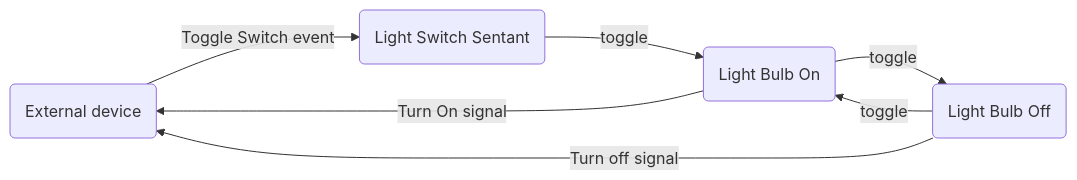
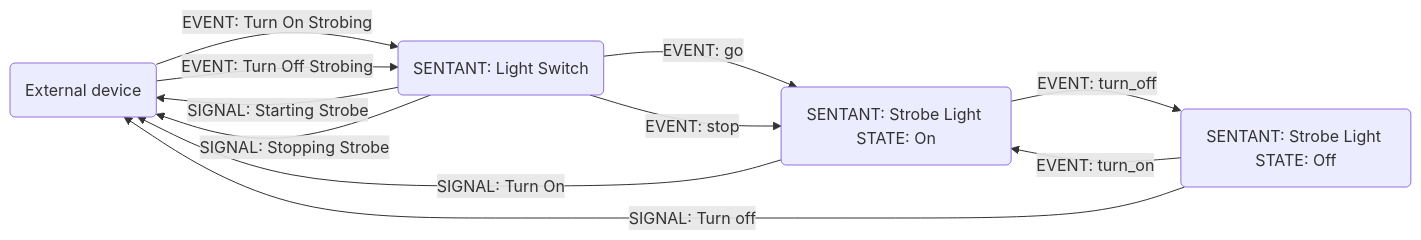
Before and after one commit to reality-two/reality2-documentation: the diagram in instructions/1 Getting Started/Testing.md, drawn with Mermaid. The commit also changed other lines of this file and 4 other files, not shown here.

````diff
--- a/instructions/1 Getting Started/Testing.md
+++ b/instructions/1 Getting Started/Testing.md
@@ -64,11 +98,16 @@
 ```mermaid
 flowchart LR
-    C(External device) -- Toggle Switch event --> B(Light Switch Sentant)
-    A(Light Bulb On) -- toggle --> D
-    D(Light Bulb Off) -- toggle --> A
-    B -- toggle --> A
-    A -- Turn On signal --> C
-    D -- Turn off signal --> C
+    C(External device) -- EVENT: Turn On Strobing --> B(SENTANT: Light Switch)
+    C(External device) -- EVENT: Turn Off Strobing --> B(SENTANT: Light Switch)
+    A(SENTANT: Strobe Light STATE: On) -- EVENT: turn_off --> D
+    D(SENTANT: Strobe Light STATE: Off) -- EVENT: turn_on --> A
+    B -- EVENT: go --> A
+    B -- EVENT: stop --> A
+    A -- SIGNAL: Turn On --> C
+    D -- SIGNAL: Turn off --> C
+    B -- SIGNAL: Starting Strobe --> C
+    B -- SIGNAL: Stopping Strobe --> C
+    
 
     
 ```
````
